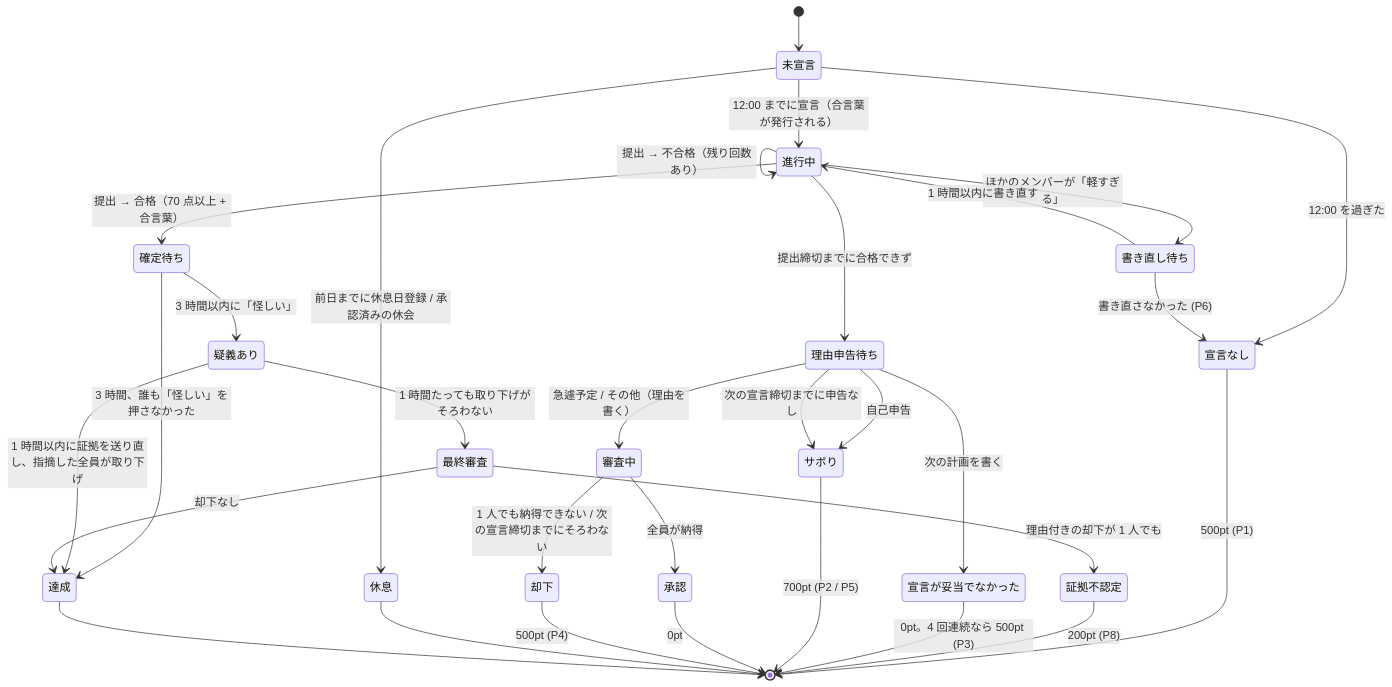
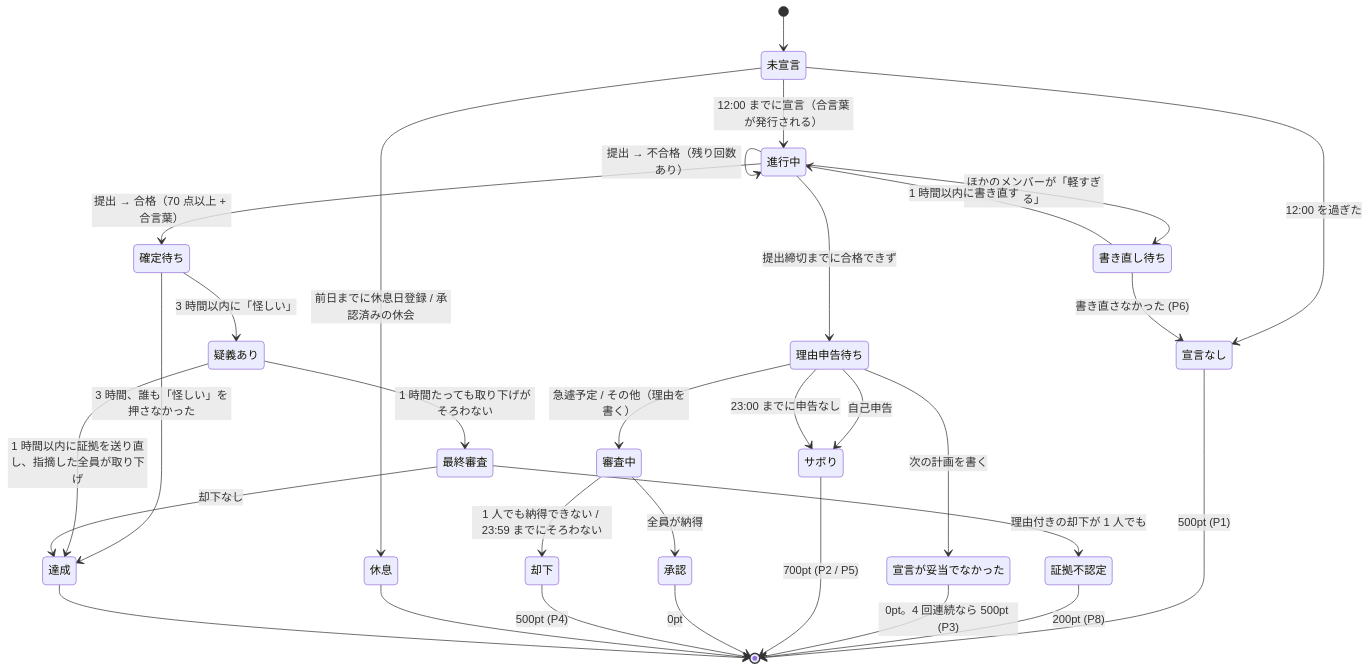
One commit to ashilal1/force-study-app changed the diagram in docs/requirements.md. Above: the diagram before and after it, drawn with Mermaid. The commit also changed other lines of this file and 4 other files, not shown here.

````diff
--- a/docs/requirements.md
+++ b/docs/requirements.md
@@ -63,37 +63,37 @@
 ```mermaid
 stateDiagram-v2
     [*] --> 未宣言
     未宣言 --> 休息: 前日までに休息日登録 / 承認済みの休会
     未宣言 --> 進行中: 12:00 までに宣言（合言葉が発行される）
     未宣言 --> 宣言なし: 12:00 を過ぎた
     宣言なし --> [*]: 500pt (P1)
 
     進行中 --> 書き直し待ち: ほかのメンバーが「軽すぎる」
     書き直し待ち --> 進行中: 1 時間以内に書き直す
     書き直し待ち --> 宣言なし: 書き直さなかった (P6)
     進行中 --> 進行中: 提出 → 不合格（残り回数あり）
     進行中 --> 確定待ち: 提出 → 合格（70 点以上 + 合言葉）
     進行中 --> 理由申告待ち: 提出締切までに合格できず
 
     確定待ち --> 達成: 3 時間、誰も「怪しい」を押さなかった
     確定待ち --> 疑義あり: 3 時間以内に「怪しい」
     疑義あり --> 達成: 1 時間以内に証拠を送り直し、指摘した全員が取り下げ
     疑義あり --> 最終審査: 1 時間たっても取り下げがそろわない
     最終審査 --> 達成: 却下なし
     最終審査 --> 証拠不認定: 理由付きの却下が 1 人でも
     証拠不認定 --> [*]: 200pt (P8)
 
     理由申告待ち --> 宣言が妥当でなかった: 次の計画を書く
     理由申告待ち --> サボり: 自己申告
     理由申告待ち --> 審査中: 急遽予定 / その他（理由を書く）
-    理由申告待ち --> サボり: 次の宣言締切までに申告なし
+    理由申告待ち --> サボり: 23:00 までに申告なし
 
     宣言が妥当でなかった --> [*]: 0pt。4 回連続なら 500pt (P3)
     サボり --> [*]: 700pt (P2 / P5)
     審査中 --> 承認: 全員が納得
-    審査中 --> 却下: 1 人でも納得できない / 次の宣言締切までにそろわない
+    審査中 --> 却下: 1 人でも納得できない / 23:59 までにそろわない
     承認 --> [*]: 0pt
     却下 --> [*]: 500pt (P4)
     休息 --> [*]
     達成 --> [*]
 ```
````
